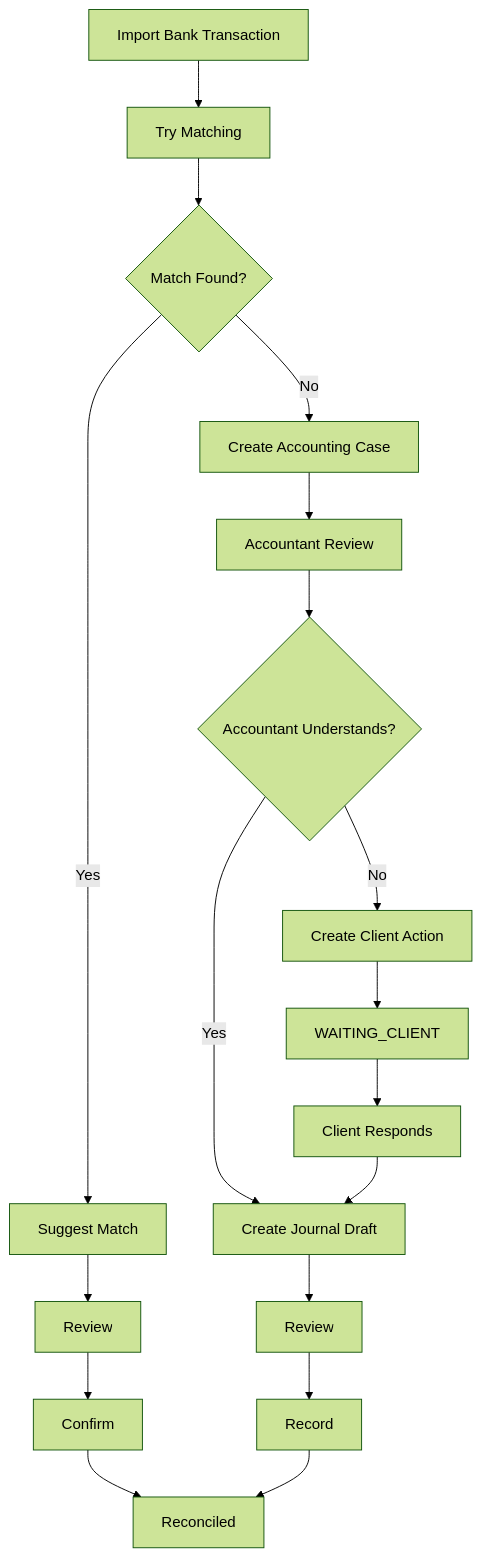
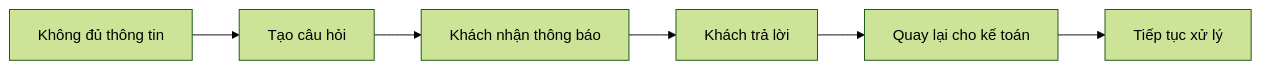
The fifth of 12 diagrams in tdd.md (huynv81/tomtax), drawn with Mermaid (forest theme) before and after one commit. The commit also changed other lines of this file, not shown here.

````diff
--- a/tdd.md
+++ b/tdd.md
@@ -376,24 +454,8 @@
 ```mermaid
-flowchart TD
-    A[Import Bank Transaction] --> B[Try Matching]
-    B --> C{Match Found?}
-
-    C -->|Yes| D[Suggest Match]
-    D --> E[Review]
-    E --> F[Confirm]
-    F --> G[Reconciled]
-
-    C -->|No| H[Create Accounting Case]
-    H --> I[Accountant Review]
-    I --> J{Accountant Understands?}
-
-    J -->|Yes| K[Create Journal Draft]
-    J -->|No| L[Create Client Action]
-    L --> M[WAITING_CLIENT]
-    M --> N[Client Responds]
-    N --> K
-
-    K --> O[Review]
-    O --> P[Record]
-    P --> G
+flowchart LR
+    A[Không đủ thông tin] --> B[Tạo câu hỏi]
+    B --> C[Khách nhận thông báo]
+    C --> D[Khách trả lời]
+    D --> E[Quay lại cho kế toán]
+    E --> F[Tiếp tục xử lý]
 ```
````
